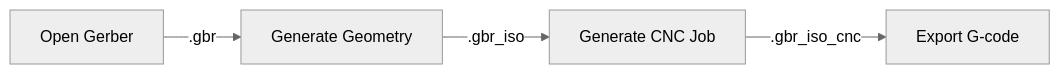
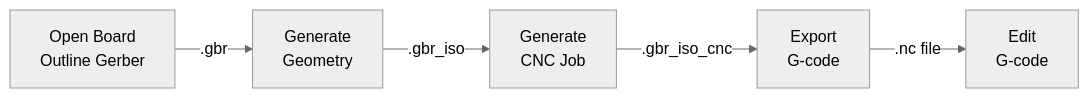
The diagram in content/docs/flatcam/cutout/non-rectangular.md (rahji/pcbmilling), drawn with Mermaid (neutral theme) before and after one commit. The commit also changed other lines of this file and 11 other files, not shown here.

```diff
--- a/content/docs/flatcam/cutout/non-rectangular.md
+++ b/content/docs/flatcam/cutout/non-rectangular.md
@@ -11,6 +12,7 @@
 {{< mermaid >}}
 graph LR
-    A[Open Gerber]-->|.gbr|B[Generate Geometry]
-    B-->|.gbr_iso|C[Generate CNC Job]
-    C-->|.gbr_iso_cnc|D[Export G-code]
+    A[Open Board<br>Outline Gerber]-->|.gbr|B[Generate<br>Geometry]
+    B-->|.gbr_iso|C[Generate<br>CNC Job]
+    C-->|.gbr_iso_cnc|D[Export<br>G-code]
+    D-->|.nc file|E[Edit<br>G-code]
 {{< /mermaid >}}
```
